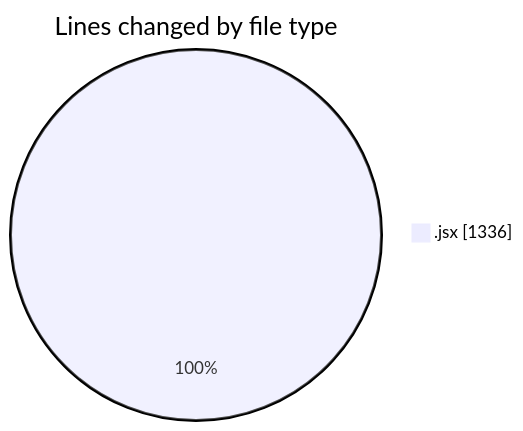
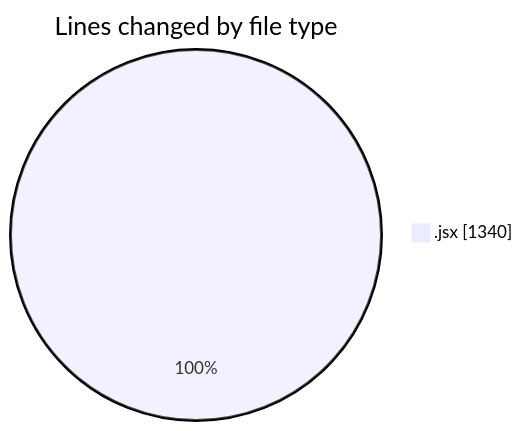
The first of 2 diagrams in 2025-12-28/nxtqube_webapp/README.md (nxtqubesakshisongat/code-tracking), drawn with Mermaid before and after one commit. The commit also changed other lines of this file and 1 other file, not shown here.

````diff
--- a/2025-12-28/nxtqube_webapp/README.md
+++ b/2025-12-28/nxtqube_webapp/README.md
@@ -20,5 +20,5 @@
 ```mermaid
 pie showData
 title Lines changed by file type
-".jsx" : 1336
+".jsx" : 1340
 ```
````
